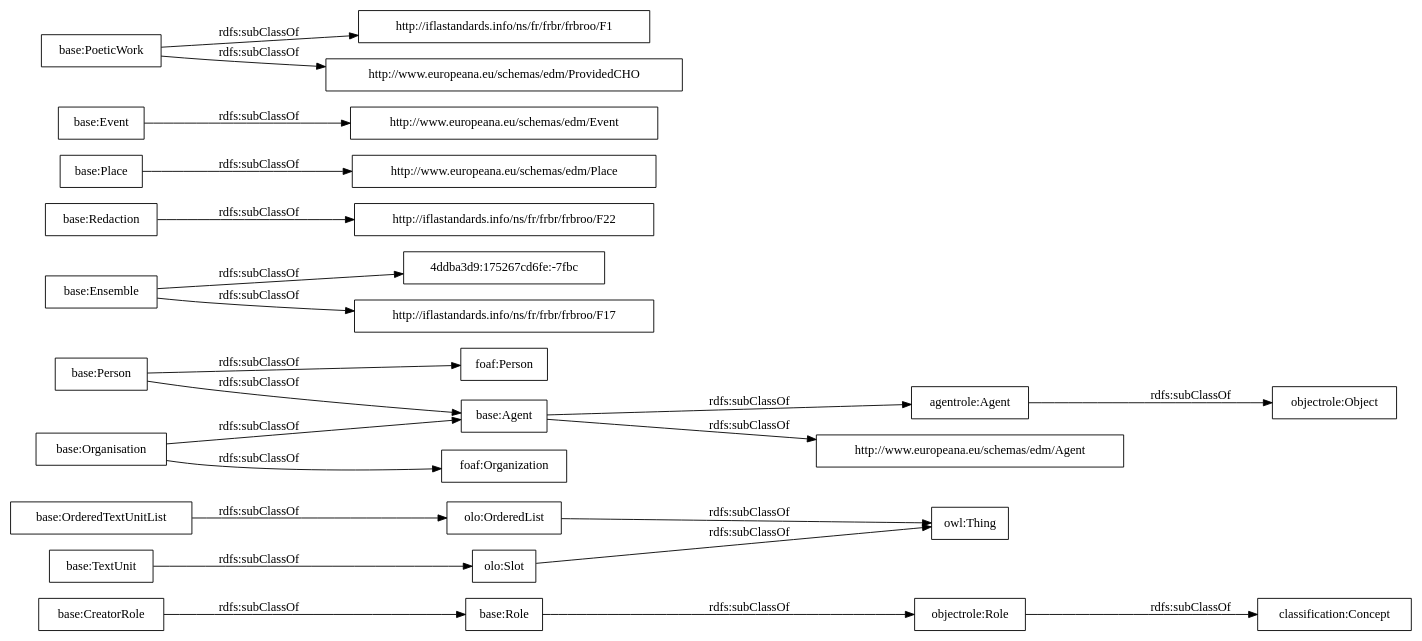
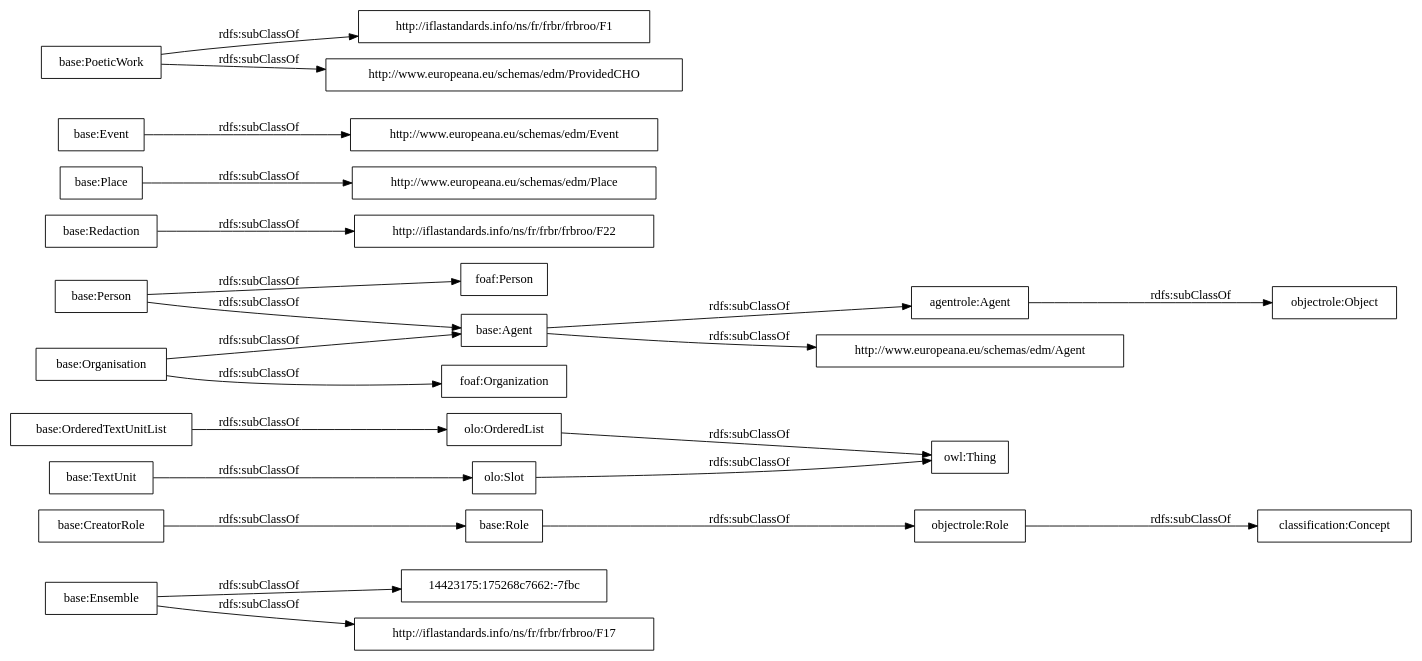
The diagram in OnToology/postdata-core.owl/diagrams/ar2dtool-taxonomy/postdata-core.owl.png.dot (OnToologyUser/core-ontology-1), drawn with Graphviz before and after one commit. The commit also changed 14 other files, not shown here.

```diff
--- a/OnToology/postdata-core.owl/diagrams/ar2dtool-taxonomy/postdata-core.owl.png.dot
+++ b/OnToology/postdata-core.owl/diagrams/ar2dtool-taxonomy/postdata-core.owl.png.dot
@@ -1,27 +1,27 @@
 digraph ar2dtool_diagram { 
 rankdir=LR;
 size="1000"
-node [shape = rectangle, color="black"]; "base:Role" "base:OrderedTextUnitList" "agentrole:Agent" "4ddba3d9:175267cd6fe:-7fbc" "http://iflastandards.info/ns/fr/frbr/frbroo/F22" "http://www.europeana.eu/schemas/edm/Agent" "base:Agent" "base:CreatorRole" "base:Person" "base:Organisation" "http://www.europeana.eu/schemas/edm/Place" "base:Redaction" "base:Ensemble" "foaf:Person" "http://www.europeana.eu/schemas/edm/Event" "base:TextUnit" "http://iflastandards.info/ns/fr/frbr/frbroo/F1" "foaf:Organization" "http://www.europeana.eu/schemas/edm/ProvidedCHO" "base:Place" "base:Event" "base:PoeticWork" "http://iflastandards.info/ns/fr/frbr/frbroo/F17" "owl:Thing" "objectrole:Role" "objectrole:Object" "olo:Slot" "olo:OrderedList" "classification:Concept" ; /*classes style*/
+node [shape = rectangle, color="black"]; "14423175:175268c7662:-7fbc" "base:Role" "base:OrderedTextUnitList" "agentrole:Agent" "http://iflastandards.info/ns/fr/frbr/frbroo/F22" "http://www.europeana.eu/schemas/edm/Agent" "base:Agent" "base:CreatorRole" "base:Person" "base:Organisation" "http://www.europeana.eu/schemas/edm/Place" "base:Redaction" "base:Ensemble" "foaf:Person" "http://www.europeana.eu/schemas/edm/Event" "base:TextUnit" "http://iflastandards.info/ns/fr/frbr/frbroo/F1" "foaf:Organization" "http://www.europeana.eu/schemas/edm/ProvidedCHO" "base:Place" "base:Event" "base:PoeticWork" "http://iflastandards.info/ns/fr/frbr/frbroo/F17" "owl:Thing" "objectrole:Role" "objectrole:Object" "olo:Slot" "olo:OrderedList" "classification:Concept" ; /*classes style*/
 	"base:Redaction" -> "http://iflastandards.info/ns/fr/frbr/frbroo/F22" [ label = "rdfs:subClassOf" ];
 	"base:Role" -> "objectrole:Role" [ label = "rdfs:subClassOf" ];
 	"base:Event" -> "http://www.europeana.eu/schemas/edm/Event" [ label = "rdfs:subClassOf" ];
 	"base:Person" -> "foaf:Person" [ label = "rdfs:subClassOf" ];
 	"base:Person" -> "base:Agent" [ label = "rdfs:subClassOf" ];
 	"olo:OrderedList" -> "owl:Thing" [ label = "rdfs:subClassOf" ];
 	"olo:Slot" -> "owl:Thing" [ label = "rdfs:subClassOf" ];
 	"base:PoeticWork" -> "http://www.europeana.eu/schemas/edm/ProvidedCHO" [ label = "rdfs:subClassOf" ];
 	"base:PoeticWork" -> "http://iflastandards.info/ns/fr/frbr/frbroo/F1" [ label = "rdfs:subClassOf" ];
 	"base:TextUnit" -> "olo:Slot" [ label = "rdfs:subClassOf" ];
 	"agentrole:Agent" -> "objectrole:Object" [ label = "rdfs:subClassOf" ];
-	"base:Ensemble" -> "4ddba3d9:175267cd6fe:-7fbc" [ label = "rdfs:subClassOf" ];
+	"base:Ensemble" -> "14423175:175268c7662:-7fbc" [ label = "rdfs:subClassOf" ];
 	"base:Ensemble" -> "http://iflastandards.info/ns/fr/frbr/frbroo/F17" [ label = "rdfs:subClassOf" ];
 	"base:OrderedTextUnitList" -> "olo:OrderedList" [ label = "rdfs:subClassOf" ];
 	"base:Agent" -> "agentrole:Agent" [ label = "rdfs:subClassOf" ];
 	"base:Agent" -> "http://www.europeana.eu/schemas/edm/Agent" [ label = "rdfs:subClassOf" ];
 	"objectrole:Role" -> "classification:Concept" [ label = "rdfs:subClassOf" ];
 	"base:Place" -> "http://www.europeana.eu/schemas/edm/Place" [ label = "rdfs:subClassOf" ];
 	"base:Organisation" -> "foaf:Organization" [ label = "rdfs:subClassOf" ];
 	"base:Organisation" -> "base:Agent" [ label = "rdfs:subClassOf" ];
 	"base:CreatorRole" -> "base:Role" [ label = "rdfs:subClassOf" ];
 
 }
```
